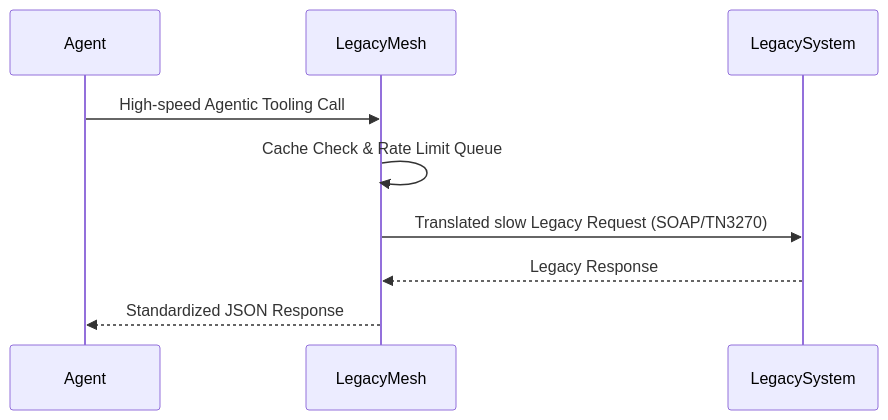
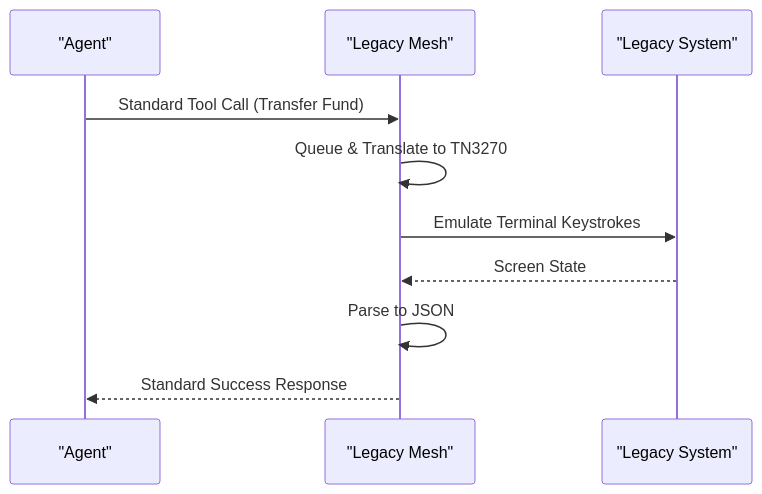
The second of 2 diagrams in ideas/legacy-mesh/README.md (flouzzy/top-100-ai-startup-ideas), drawn with Mermaid before and after one commit. The commit also changed other lines of this file and 41 other files, not shown here.

````diff
--- a/ideas/legacy-mesh/README.md
+++ b/ideas/legacy-mesh/README.md
@@ -39,11 +41,12 @@
 ```mermaid
 sequenceDiagram
-    participant Agent
-    participant LegacyMesh
-    participant LegacySystem
-    Agent->>LegacyMesh: High-speed Agentic Tooling Call
-    LegacyMesh->>LegacyMesh: Cache Check & Rate Limit Queue
-    LegacyMesh->>LegacySystem: Translated slow Legacy Request (SOAP/TN3270)
-    LegacySystem-->>LegacyMesh: Legacy Response
-    LegacyMesh-->>Agent: Standardized JSON Response
+    participant Ag as "Agent"
+    participant Mesh as "Legacy Mesh"
+    participant Leg as "Legacy System"
+    Ag->>Mesh: Standard Tool Call (Transfer Fund)
+    Mesh->>Mesh: Queue & Translate to TN3270
+    Mesh->>Leg: Emulate Terminal Keystrokes
+    Leg-->>Mesh: Screen State
+    Mesh->>Mesh: Parse to JSON
+    Mesh-->>Ag: Standard Success Response
 ```
````
